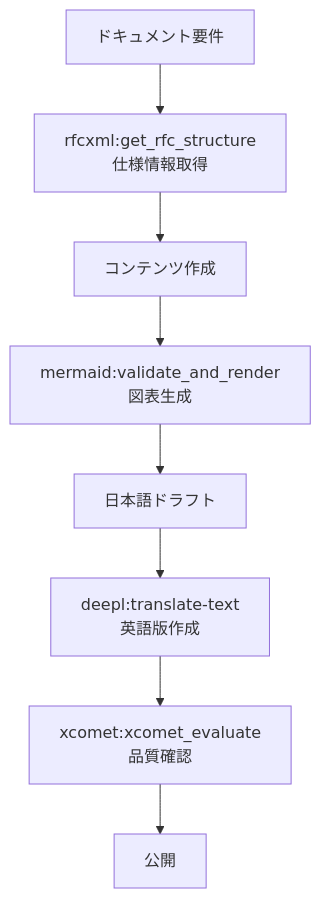
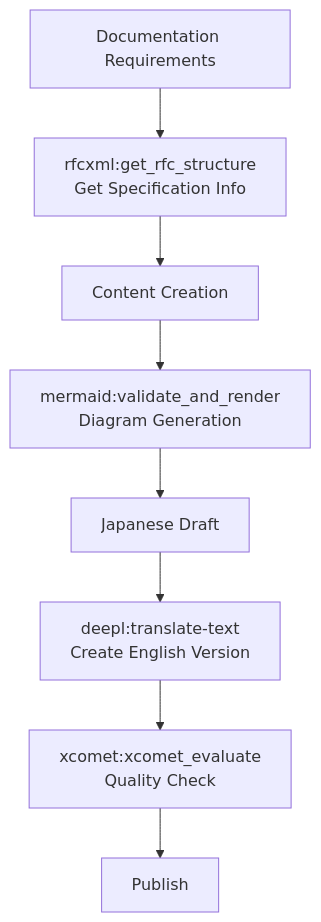
The ninth of 10 diagrams in docs/workflows/patterns.md (shuji-bonji/ai-agent-architecture), drawn with Mermaid before and after one commit. The commit also changed other lines of this file and 42 other files, not shown here.

````diff
--- a/docs/workflows/patterns.md
+++ b/docs/workflows/patterns.md
@@ -305,10 +307,10 @@
 ```mermaid
 flowchart TB
-    START[ドキュメント要件] --> SPEC[rfcxml:get_rfc_structure<br/>仕様情報取得]
-    SPEC --> CONTENT[コンテンツ作成]
-    CONTENT --> DIAGRAM[mermaid:validate_and_render<br/>図表生成]
-    DIAGRAM --> DRAFT[日本語ドラフト]
-    DRAFT --> TRANSLATE[deepl:translate-text<br/>英語版作成]
-    TRANSLATE --> EVAL[xcomet:xcomet_evaluate<br/>品質確認]
-    EVAL --> PUBLISH[公開]
+    START[Documentation Requirements] --> SPEC[rfcxml:get_rfc_structure<br/>Get Specification Info]
+    SPEC --> CONTENT[Content Creation]
+    CONTENT --> DIAGRAM[mermaid:validate_and_render<br/>Diagram Generation]
+    DIAGRAM --> DRAFT[Japanese Draft]
+    DRAFT --> TRANSLATE[deepl:translate-text<br/>Create English Version]
+    TRANSLATE --> EVAL[xcomet:xcomet_evaluate<br/>Quality Check]
+    EVAL --> PUBLISH[Publish]
 ```
````
